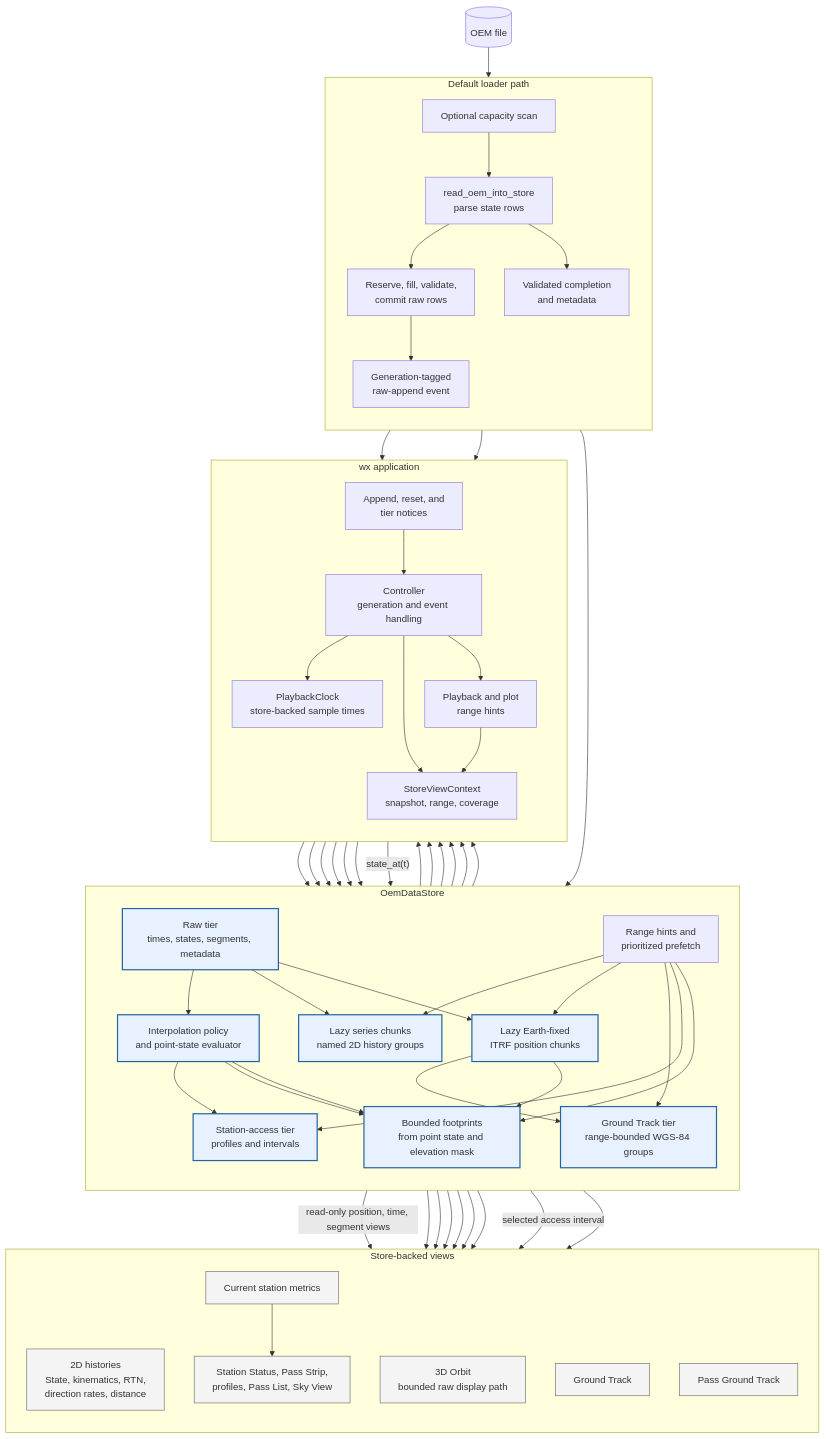
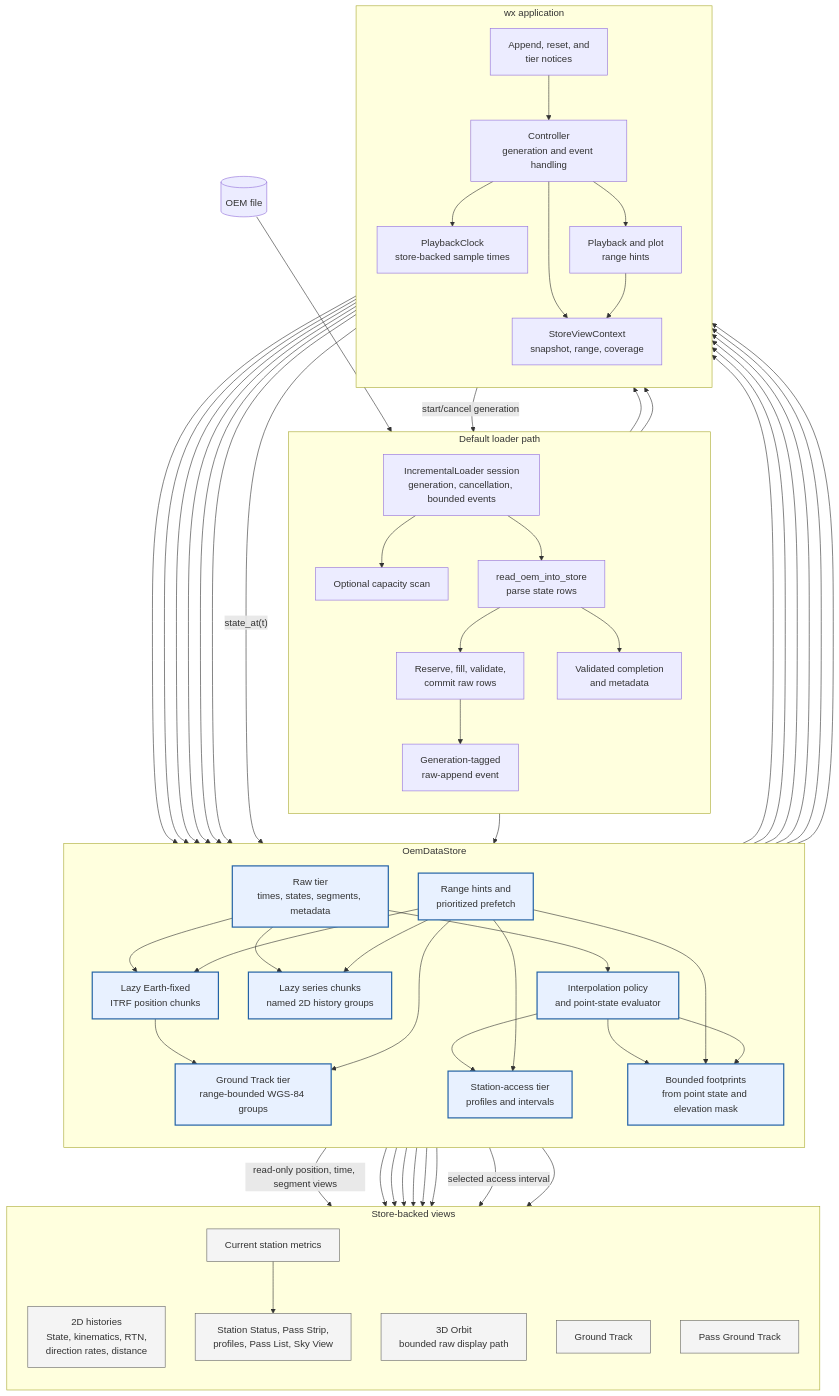
One commit to jeongyunl/ephem-toolkit changed the diagram in docs/architecture/play-oem/PLAY_OEM_DATAFLOW.mmd. Above: the diagram before and after it, drawn with Mermaid. The commit also changed 8 other files, not shown here.

Commit message:
Updated the active Play-OEM docs and diagrams

```diff
--- a/docs/architecture/play-oem/PLAY_OEM_DATAFLOW.mmd
+++ b/docs/architecture/play-oem/PLAY_OEM_DATAFLOW.mmd
@@ -1,97 +1,99 @@
 flowchart TD
     FILE[("OEM file")]
 
     subgraph WORKER["Default loader path"]
         direction TB
+        SESSION["IncrementalLoader session<br/>generation, cancellation, bounded events"]
         CAPACITY["Optional capacity scan"]
         PARSE["read_oem_into_store<br/>parse state rows"]
         COMMIT["Reserve, fill, validate,<br/>commit raw rows"]
         RAW_EVENT["Generation-tagged<br/>raw-append event"]
         COMPLETE["Validated completion<br/>and metadata"]
-        CAPACITY --> PARSE
+        SESSION --> CAPACITY
+        SESSION --> PARSE
         PARSE --> COMMIT
         COMMIT --> RAW_EVENT
         PARSE --> COMPLETE
     end
 
     subgraph STORE["OemDataStore"]
         direction TB
         RAW["Raw tier<br/>times, states, segments, metadata"]
         POLICY["Interpolation policy<br/>and point-state evaluator"]
         SERIES["Lazy series chunks<br/>named 2D history groups"]
         EARTH_FIXED["Lazy Earth-fixed<br/>ITRF position chunks"]
         GROUND_TRACK["Ground Track tier<br/>range-bounded WGS-84 groups"]
         ACCESS["Station-access tier<br/>profiles and intervals"]
         FOOTPRINT["Bounded footprints<br/>from point state and elevation mask"]
         SCHEDULER["Range hints and<br/>prioritized prefetch"]
         RAW --> POLICY
         RAW --> SERIES
         RAW --> EARTH_FIXED
         EARTH_FIXED --> GROUND_TRACK
         POLICY --> ACCESS
         POLICY --> FOOTPRINT
-        EARTH_FIXED --> FOOTPRINT
         SCHEDULER --> SERIES
         SCHEDULER --> EARTH_FIXED
         SCHEDULER --> GROUND_TRACK
         SCHEDULER --> ACCESS
         SCHEDULER --> FOOTPRINT
     end
 
     subgraph APP["wx application"]
         direction TB
         CONTROLLER["Controller<br/>generation and event handling"]
         CONTEXT["StoreViewContext<br/>snapshot, range, coverage"]
         CLOCK["PlaybackClock<br/>store-backed sample times"]
         RANGE["Playback and plot<br/>range hints"]
         TIER_NOTICE["Append, reset, and<br/>tier notices"]
         CONTROLLER --> CONTEXT
         CONTROLLER --> CLOCK
         CONTROLLER --> RANGE
+        CONTROLLER -->|"start/cancel generation"| SESSION
         RAW --> TIER_NOTICE
         SERIES --> TIER_NOTICE
         EARTH_FIXED --> TIER_NOTICE
         GROUND_TRACK --> TIER_NOTICE
         ACCESS --> TIER_NOTICE
         FOOTPRINT --> TIER_NOTICE
         TIER_NOTICE --> CONTROLLER
     end
 
     subgraph VIEWS["Store-backed views"]
         direction TB
         HISTORIES["2D histories<br/>State, kinematics, RTN,<br/>direction rates, distance"]
         TRAJECTORY["3D Orbit<br/>bounded raw display path"]
         TRACK_VIEW["Ground Track"]
         STATION_VIEWS["Station Status, Pass Strip,<br/>profiles, Pass List, Sky View"]
         PASS_TRACK["Pass Ground Track"]
         CURRENT_METRICS["Current station metrics"]
     end
 
     FILE --> CAPACITY
     COMMIT --> RAW
     RAW_EVENT --> CONTROLLER
     COMPLETE --> CONTROLLER
     RANGE --> CONTEXT
     RANGE --> SCHEDULER
     CONTEXT --> SERIES
     CONTEXT --> GROUND_TRACK
     CONTEXT --> ACCESS
     CONTEXT --> FOOTPRINT
     CONTEXT --> RAW
     RAW -->|"read-only position, time, segment views"| TRAJECTORY
     CLOCK -->|"state_at(t)"| POLICY
     POLICY --> TRAJECTORY
     POLICY --> CURRENT_METRICS
     POLICY --> FOOTPRINT
     SERIES --> HISTORIES
     GROUND_TRACK --> TRACK_VIEW
     GROUND_TRACK --> PASS_TRACK
     ACCESS --> STATION_VIEWS
     ACCESS -->|"selected access interval"| PASS_TRACK
     FOOTPRINT --> TRACK_VIEW
     CURRENT_METRICS --> STATION_VIEWS
 
     classDef store fill:#e8f1ff,stroke:#2463a6,stroke-width:2px
     classDef view fill:#f4f4f4,stroke:#666
-    class RAW,POLICY,SERIES,EARTH_FIXED,GROUND_TRACK,ACCESS,FOOTPRINT store
+    class RAW,POLICY,SERIES,EARTH_FIXED,GROUND_TRACK,ACCESS,FOOTPRINT,SCHEDULER store
     class HISTORIES,TRAJECTORY,TRACK_VIEW,STATION_VIEWS,PASS_TRACK,CURRENT_METRICS view
```
